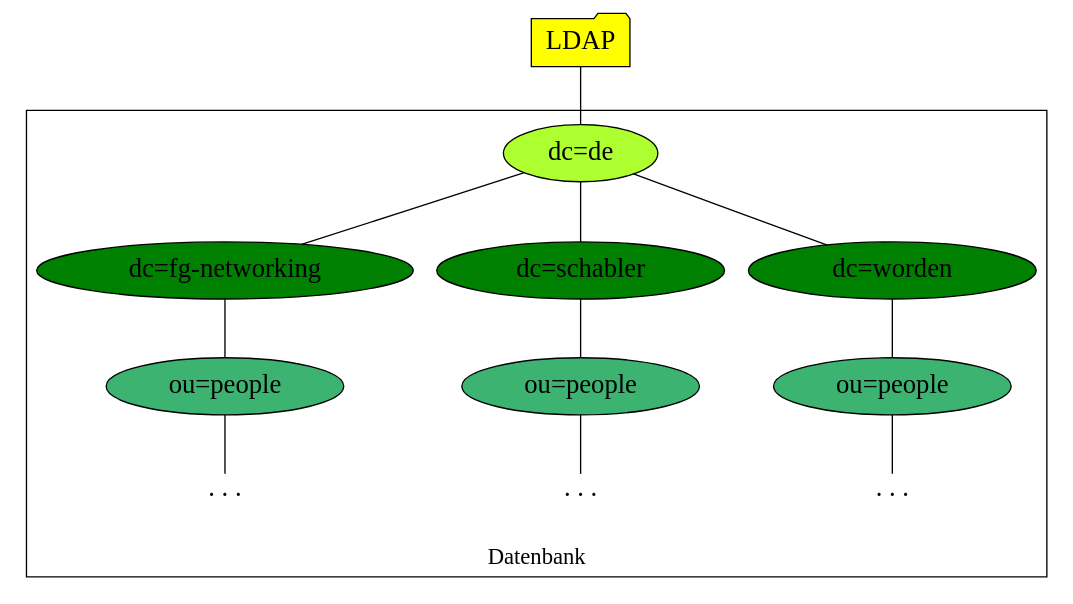
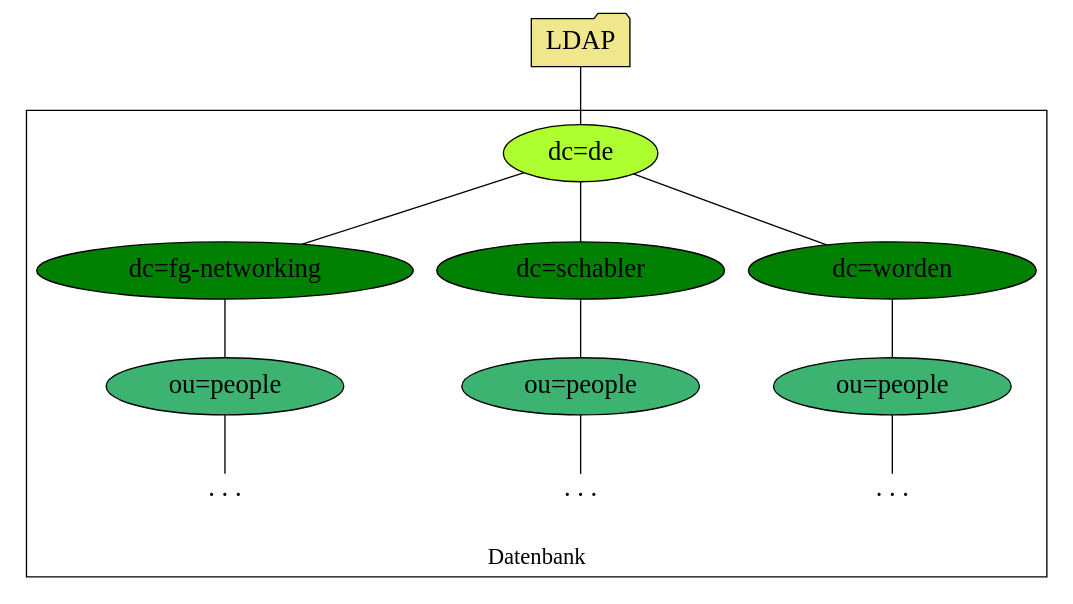
One commit to Gabelvampir/ty-stuff changed the diagram in Presentation LDAP-RADIUS/Bilder/LDAP-fgn.dot. Above: the diagram before and after it, drawn with Graphviz. The commit also changed 5 other files, not shown here.

Commit message:
presentation graphs: changed color of the folders

```diff
--- a/Presentation LDAP-RADIUS/Bilder/LDAP-fgn.dot
+++ b/Presentation LDAP-RADIUS/Bilder/LDAP-fgn.dot
@@ -1,30 +1,30 @@
 graph G {
 node [
   style="filled",
   fontsize=20
 ];
 
-  root [label="LDAP", shape="folder", fillcolor="yellow"];
+  root [label="LDAP", shape="folder", fillcolor="khaki"];
   subgraph cluster_db{
     de [label="dc=de", fillcolor="greenyellow"];
     fgn [label="dc=fg-networking", fillcolor="green", width=3];
     people1 [label="ou=people", fillcolor="mediumseagreen"];
     fgnpe [label=". . .", labelloc="t", style="", shape="plaintext"];
     schabler [label="dc=schabler", fillcolor="green", width=3];
     people2 [label="ou=people", fillcolor="mediumseagreen"];
     schabpe [label=". . .", labelloc="t", style="", shape="plaintext"];
     worden [label="dc=worden", fillcolor="green", width=3];
     people3 [label="ou=people", fillcolor="mediumseagreen"];
     wordpe [label=". . .", labelloc="t", style="", shape="plaintext"];
     label="Datenbank";
     fontsize=17;
     labelloc=b
   }
   root -- de;
   de -- {fgn schabler worden};
   fgn -- people1 -- fgnpe;
   schabler -- people2 -- schabpe;
   worden -- people3 -- wordpe;
   margin=0;
   ratio="0.55";
   }
```
